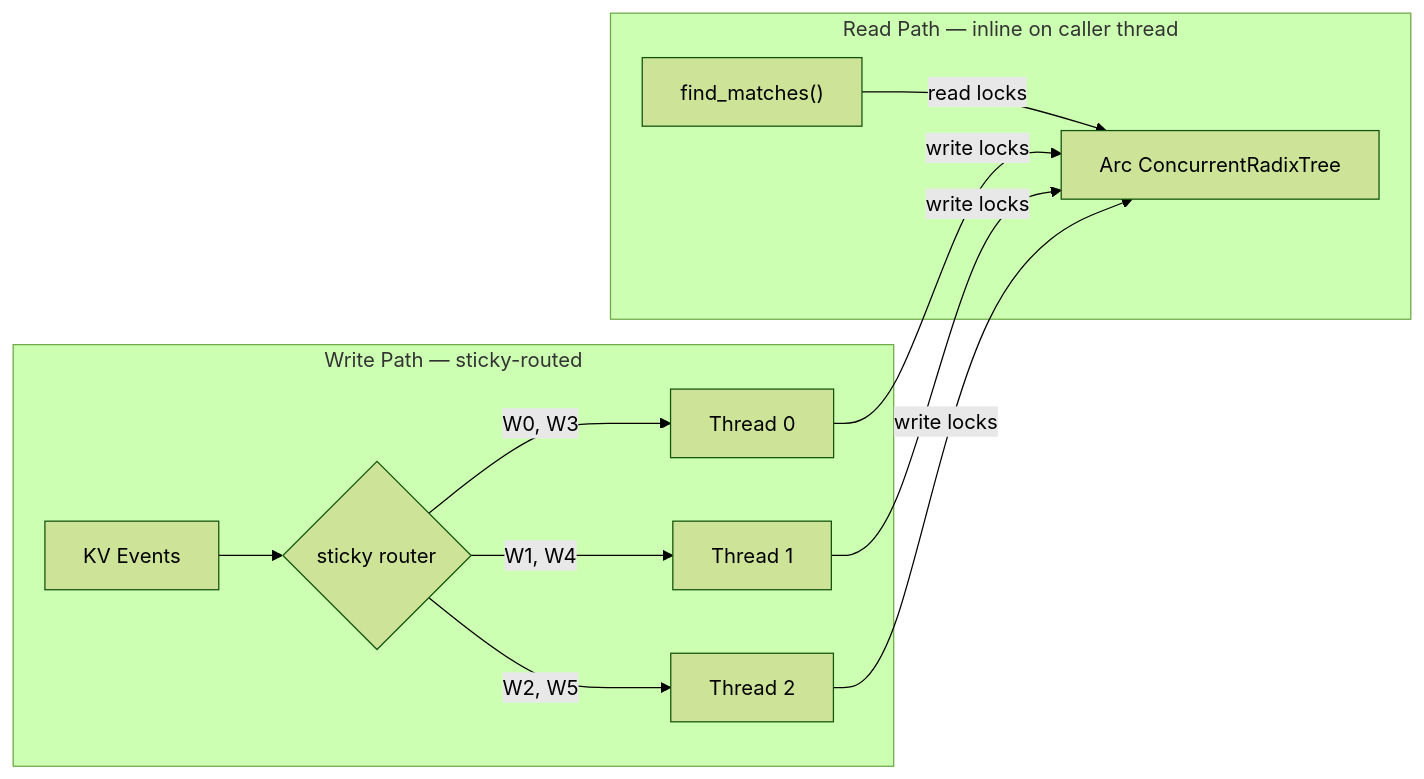
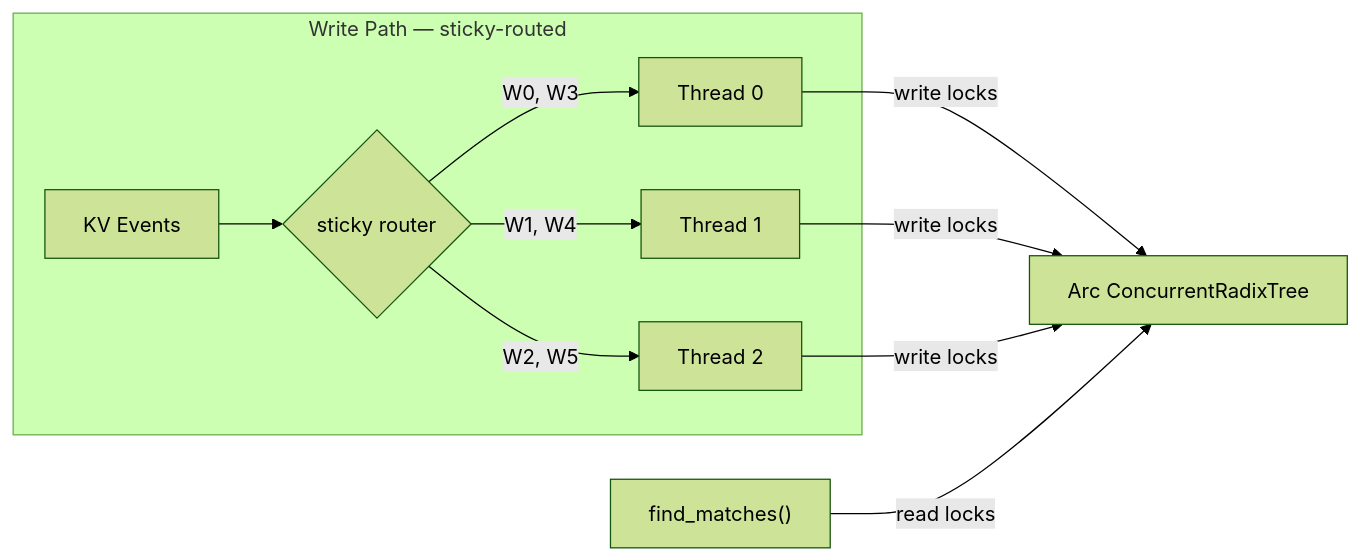
One commit to ai-dynamo/dynamo changed the third of 4 diagrams in blog/flash_indexer.md. Above: the diagram before and after it, drawn with Mermaid (forest theme). The commit also changed other lines of this file and 2 other files, not shown here.

````diff
--- a/blog/flash_indexer.md
+++ b/blog/flash_indexer.md
@@ -325,16 +324,14 @@
 ```mermaid
 flowchart LR
-    subgraph reads ["Read Path — inline on caller thread"]
-        FM["find_matches()"] -->|read locks| TREE["Arc ConcurrentRadixTree"]
-    end
-
     subgraph writes ["Write Path — sticky-routed"]
         EV[KV Events] --> D{sticky router}
         D -->|W0, W3| T0["Thread 0"]
         D -->|W1, W4| T1["Thread 1"]
         D -->|W2, W5| T2["Thread 2"]
-        T0 -->|write locks| TREE
-        T1 -->|write locks| TREE
-        T2 -->|write locks| TREE
     end
+
+    T0 -->|write locks| TREE["Arc ConcurrentRadixTree"]
+    T1 -->|write locks| TREE
+    T2 -->|write locks| TREE
+    FM["find_matches()"] -->|read locks| TREE
 ```
````
